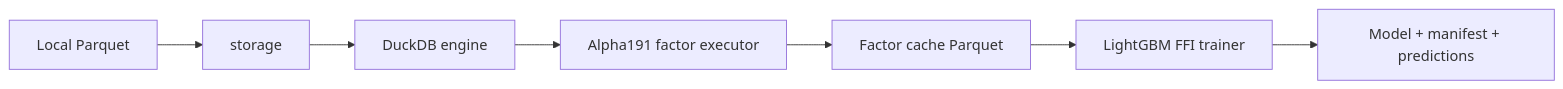
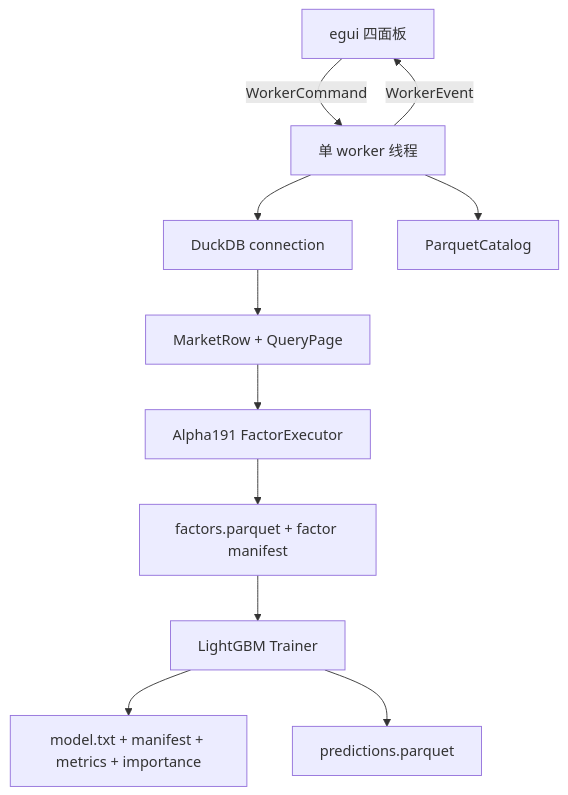
One commit to Dennishaha/JFQuant changed the diagram in README.md. Above: the diagram before and after it, drawn with Mermaid. The commit also changed other lines of this file and 32 other files, not shown here.

````diff
--- a/README.md
+++ b/README.md
@@ -7,9 +7,13 @@
 ```mermaid
-flowchart LR
-  P[Local Parquet] --> S[storage]
-  S --> E[DuckDB engine]
-  E --> F[Alpha191 factor executor]
-  F --> C[Factor cache Parquet]
-  C --> M[LightGBM FFI trainer]
-  M --> O[Model + manifest + predictions]
+flowchart TB
+  UI[egui 四面板] -->|WorkerCommand| W[单 worker 线程]
+  W --> C[DuckDB connection]
+  W --> S[ParquetCatalog]
+  C --> R[MarketRow + QueryPage]
+  R --> F[Alpha191 FactorExecutor]
+  F --> FC[factors.parquet + factor manifest]
+  FC --> T[LightGBM Trainer]
+  T --> A[model.txt + manifest + metrics + importance]
+  T --> P[predictions.parquet]
+  W -->|WorkerEvent| UI
 ```
````
